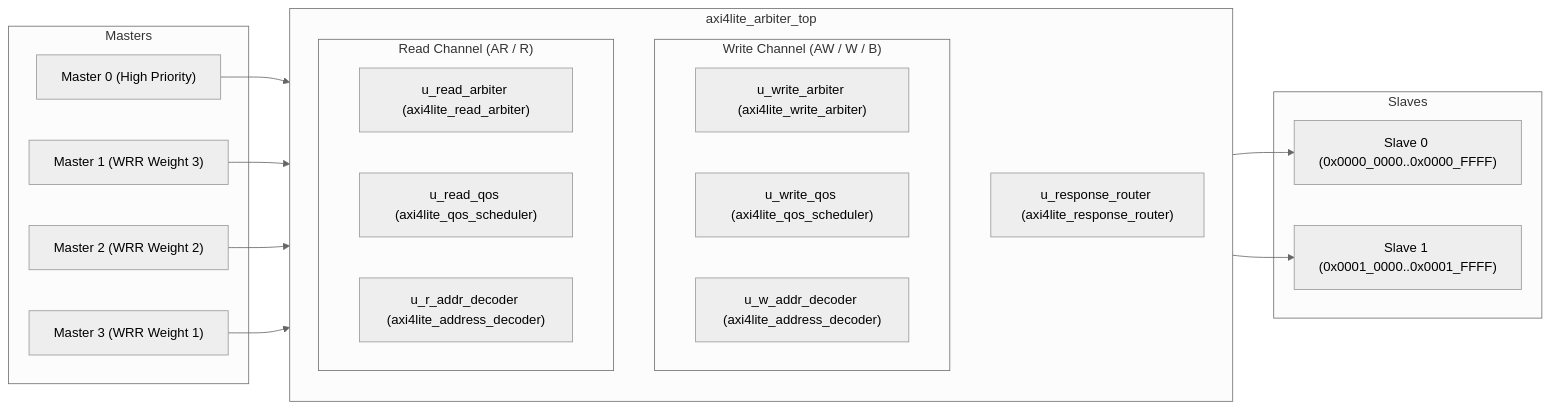
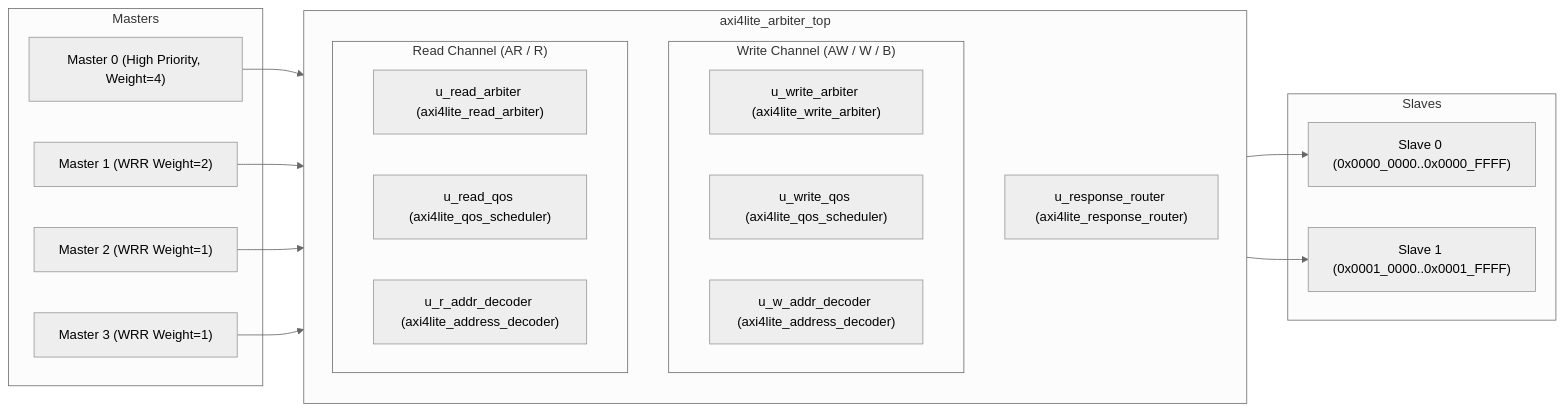
One commit to chandrasekarc968-cpu/SparkAhead- changed the diagram in docs/architecture.md. Above: the diagram before and after it, drawn with Mermaid (neutral theme). The commit also changed other lines of this file and 10 other files, not shown here.

````diff
--- a/docs/architecture.md
+++ b/docs/architecture.md
@@ -7,39 +7,39 @@
 ```mermaid
 flowchart LR
     subgraph Masters
-        M0["Master 0 (High Priority)"]
-        M1["Master 1 (WRR Weight 3)"]
-        M2["Master 2 (WRR Weight 2)"]
-        M3["Master 3 (WRR Weight 1)"]
+        M0["Master 0 (High Priority, Weight=4)"]
+        M1["Master 1 (WRR Weight=2)"]
+        M2["Master 2 (WRR Weight=1)"]
+        M3["Master 3 (WRR Weight=1)"]
     end
 
     subgraph Interconnect["axi4lite_arbiter_top"]
         direction TB
         subgraph WriteChannel["Write Channel (AW / W / B)"]
             WARB["u_write_arbiter (axi4lite_write_arbiter)"]
             WQOS["u_write_qos (axi4lite_qos_scheduler)"]
             WDEC["u_w_addr_decoder (axi4lite_address_decoder)"]
         end
 
         subgraph ReadChannel["Read Channel (AR / R)"]
             RARB["u_read_arbiter (axi4lite_read_arbiter)"]
             RQOS["u_read_qos (axi4lite_qos_scheduler)"]
             RDEC["u_r_addr_decoder (axi4lite_address_decoder)"]
         end
 
         ROUTER["u_response_router (axi4lite_response_router)"]
     end
 
     subgraph Slaves
         S0["Slave 0 (0x0000_0000..0x0000_FFFF)"]
         S1["Slave 1 (0x0001_0000..0x0001_FFFF)"]
     end
 
     M0 --> Interconnect
     M1 --> Interconnect
     M2 --> Interconnect
     M3 --> Interconnect
 
     Interconnect --> S0
     Interconnect --> S1
 ```
````
